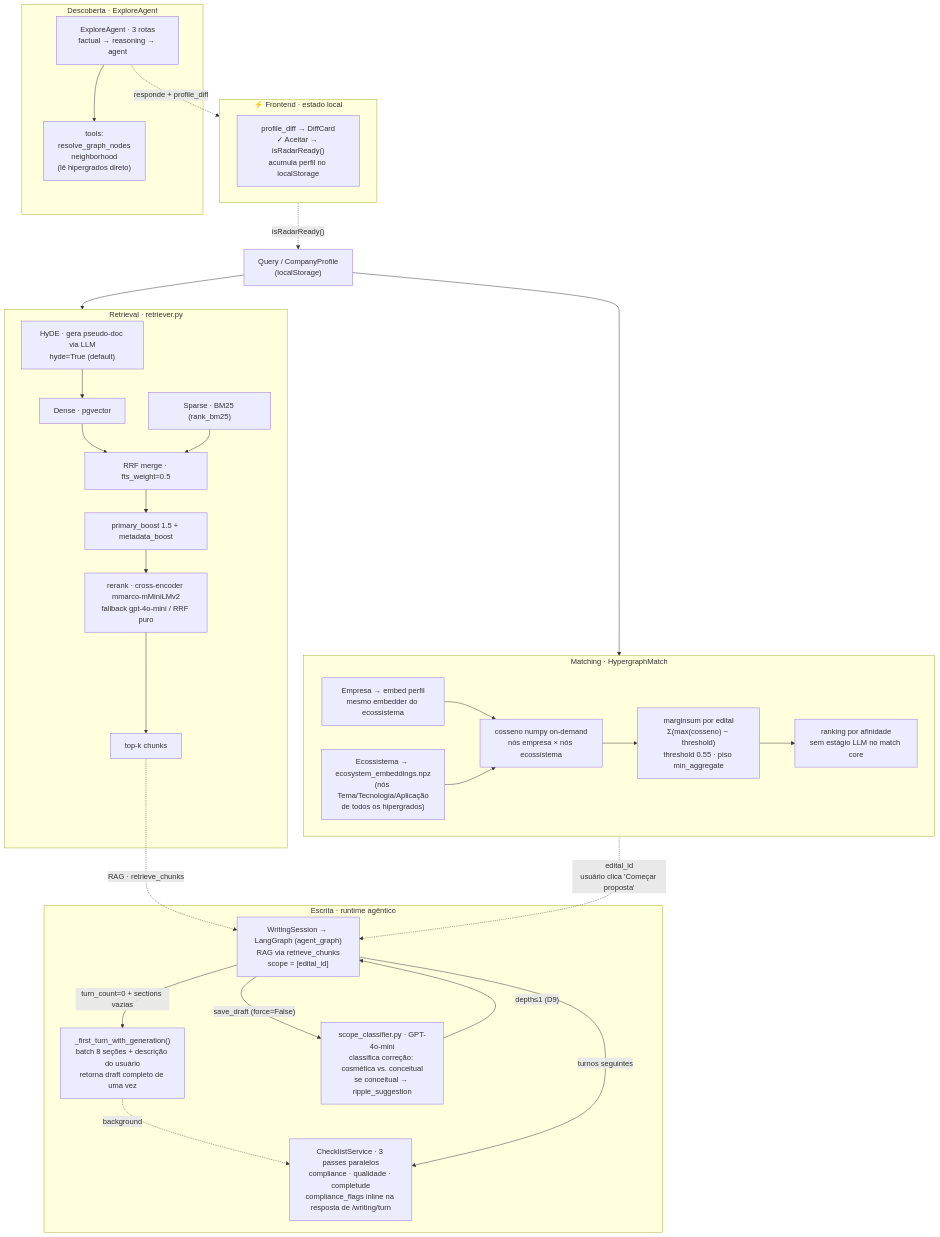
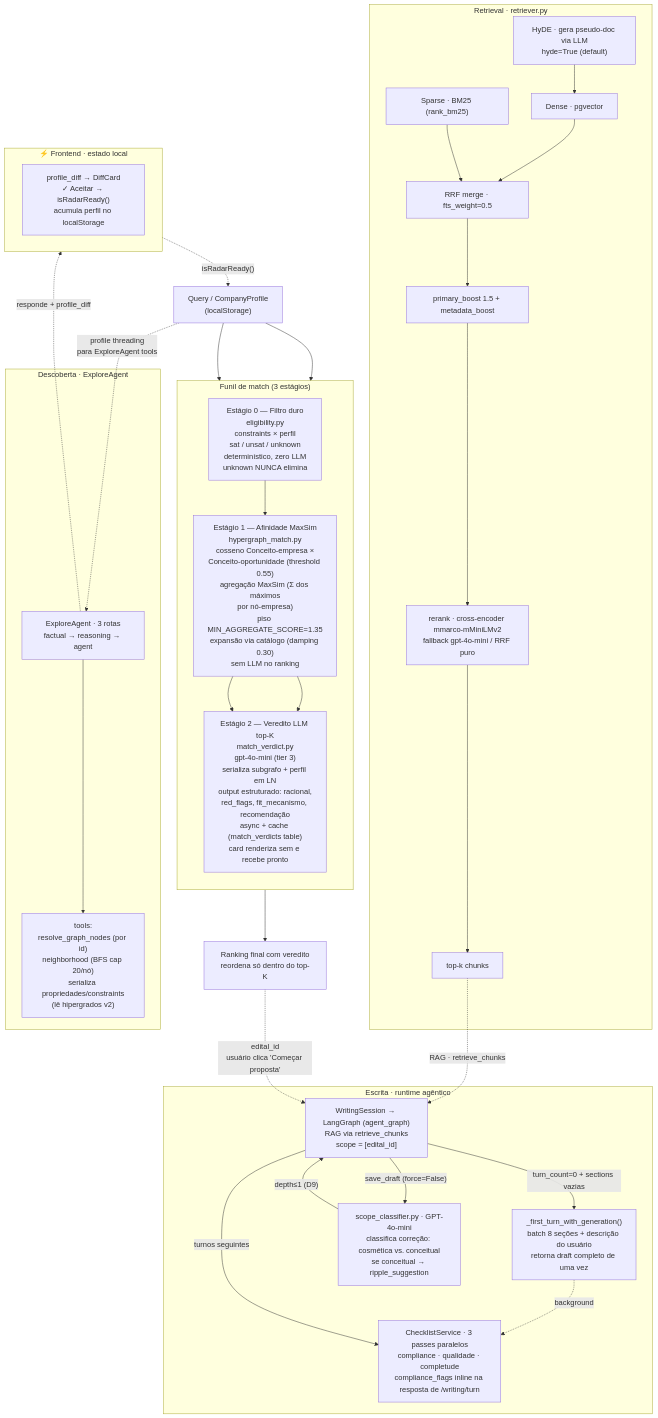
One commit to lucasborgs/radar_editais changed the second of 4 diagrams in docs/architecture.md. Above: the diagram before and after it, drawn with Mermaid. The commit also changed other lines of this file and 9 other files, not shown here.

````diff
--- a/docs/architecture.md
+++ b/docs/architecture.md
@@ -48,53 +75,54 @@
 ```mermaid
 flowchart TB
   Q["Query / CompanyProfile<br/>(localStorage)"]
+
+  subgraph FUNIL["Funil de match (3 estágios)"]
+    direction TB
+    E0["Estágio 0 — Filtro duro<br/>eligibility.py<br/>constraints × perfil<br/>sat / unsat / unknown<br/>determinístico, zero LLM<br/>unknown NUNCA elimina"] --> E1
+    E1["Estágio 1 — Afinidade MaxSim<br/>hypergraph_match.py<br/>cosseno Conceito-empresa ×<br/>Conceito-oportunidade (threshold 0.55)<br/>agregação MaxSim (Σ dos máximos<br/>por nó-empresa)<br/>piso MIN_AGGREGATE_SCORE=1.35<br/>expansão via catálogo (damping 0.30)<br/>sem LLM no ranking"] --> E2
+    E2["Estágio 2 — Veredito LLM top-K<br/>match_verdict.py<br/>gpt-4o-mini (tier 3)<br/>serializa subgrafo + perfil em LN<br/>output estruturado: racional,<br/>red_flags, fit_mecanismo, recomendação<br/>async + cache (match_verdicts table)<br/>card renderiza sem e recebe pronto"]
+  end
 
   subgraph RET["Retrieval · retriever.py"]
     HYDE["HyDE · gera pseudo-doc via LLM<br/>hyde=True (default)"]
     DENSE["Dense · pgvector"]
     SPARSE["Sparse · BM25 (rank_bm25)"]
     HYDE --> DENSE
     DENSE --> RRF["RRF merge · fts_weight=0.5"]
     SPARSE --> RRF
     RRF --> BOOST["primary_boost 1.5 + metadata_boost"]
     BOOST --> RERANK["rerank · cross-encoder mmarco-mMiniLMv2<br/>fallback gpt-4o-mini / RRF puro"]
     RERANK --> TOPK["top-k chunks"]
   end
 
-  subgraph MATCH["Matching · HypergraphMatch"]
-    DIR["Empresa → embed perfil<br/>mesmo embedder do ecossistema"]
-    ECO["Ecossistema → ecosystem_embeddings.npz<br/>(nós Tema/Tecnologia/Aplicação<br/>de todos os hipergrados)"]
-    DIR --> COS["cosseno numpy on-demand<br/>nós empresa × nós ecossistema"]
-    ECO --> COS
-    COS --> MARGIN["marginsum por edital<br/>Σ(max(cosseno) − threshold)<br/>threshold 0.55 · piso min_aggregate"]
-    MARGIN --> RANK["ranking por afinidade<br/>sem estágio LLM no match core"]
-  end
-
-  Q --> RET
-  Q --> MATCH
+  Q --> E0
+  Q --> E1
+  E1 --> E2
+  E2 --> RANK["Ranking final com veredito<br/>reordena só dentro do top-K"]
 
   TOPK -.->|"RAG · retrieve_chunks"| WS
 
   subgraph EXPLORE["Descoberta · ExploreAgent"]
     EA["ExploreAgent · 3 rotas<br/>factual → reasoning → agent"]
-    EA --> TOOLS["tools:<br/>resolve_graph_nodes<br/>neighborhood<br/>(lê hipergrados direto)"]
+    EA --> TOOLS["tools:<br/>resolve_graph_nodes (por id)<br/>neighborhood (BFS cap 20/nó)<br/>serializa propriedades/constraints<br/>(lê hipergrados v2)"]
   end
 
   subgraph FRONT["⚡ Frontend · estado local"]
     FE["profile_diff → DiffCard<br/>✓ Aceitar → isRadarReady()<br/>acumula perfil no localStorage"]
   end
 
   EA -.->|"responde + profile_diff"| FRONT
   FRONT -.->|"isRadarReady()"| Q
+  Q -.->|"profile threading<br/>para ExploreAgent tools"| EA
 
-  MATCH -.->|"edital_id<br/>usuário clica 'Começar proposta'"| WS
+  RANK -.->|"edital_id<br/>usuário clica 'Começar proposta'"| WS
 
   subgraph WRITE["Escrita · runtime agêntico"]
     WS["WritingSession → LangGraph (agent_graph)<br/>RAG via retrieve_chunks<br/>scope = [edital_id]"]
     WS -->|"turn_count=0 + sections vazias"| FT["_first_turn_with_generation()<br/>batch 8 seções + descrição do usuário<br/>retorna draft completo de uma vez"]
     FT -.->|"background"| CKL["ChecklistService · 3 passes paralelos<br/>compliance · qualidade · completude<br/>compliance_flags inline na resposta de /writing/turn"]
     WS -->|"turnos seguintes"| CKL
     WS -->|"save_draft (force=False)"| SCOP["scope_classifier.py · GPT-4o-mini<br/>classifica correção: cosmética vs. conceitual<br/>se conceitual → ripple_suggestion"]
     SCOP -->|"depth≤1 (D9)"| WS
   end
 ```
````
